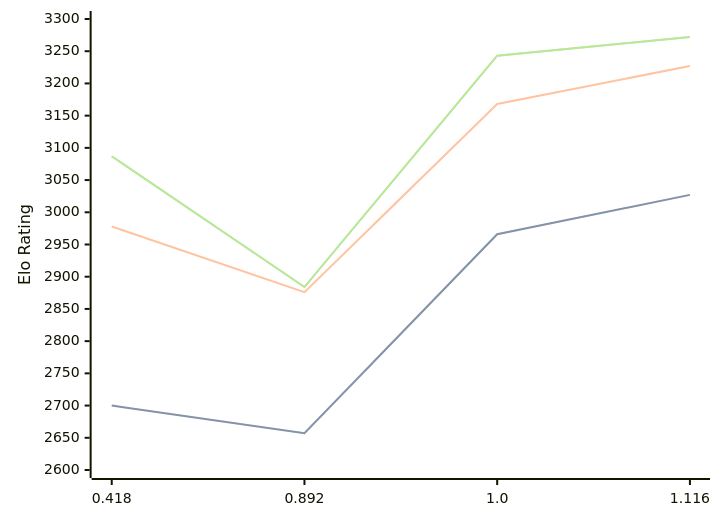
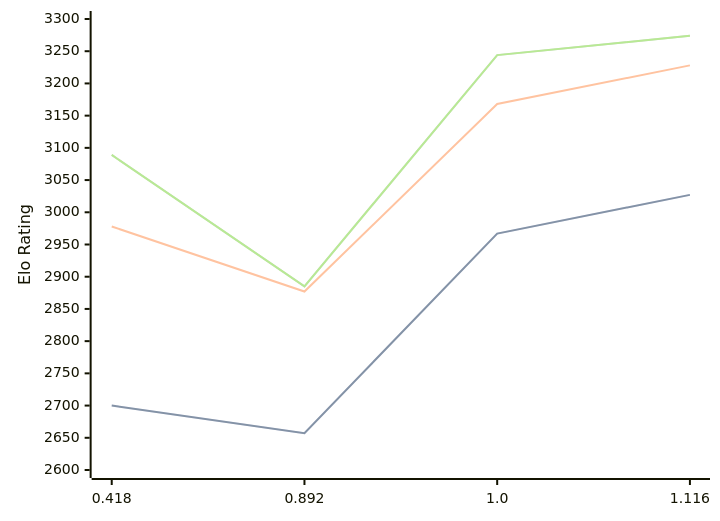
The first of 3 diagrams in engines/Malika.md (computer-chess-index/cci), drawn with Mermaid before and after one commit. The commit also changed other lines of this file, not shown here.

Commit message:
Update CCI Ratings (ELO VLTC) - 2026-06-23

````diff
--- a/engines/Malika.md
+++ b/engines/Malika.md
@@ -34,11 +34,11 @@
 ```mermaid
 %%{init: {"theme":"base","themeVariables":{"seriesColors:['#a3a3a3','#222221','#faa371']}}}%%
 xychart-beta
   x-axis ["0.418", "0.892", "1.0", "1.116"]
   y-axis "Elo Rating" 2600 --> 3300
-  line "STC (8.0+0.08s)" [2700, 2657, 2966, 3027]
-  line "STC (8.0+0.08s)" [2700, 2657, 2966, 3027]
-  line "LTC (60.0+0.60s)" [2978, 2876, 3168, 3227]
-  line "VLTC (2m24s+1.12s)" [3087, 2884, 3243, 3272]
-  line "VLTC (2m24s+1.12s)" [3087, 2884, 3243, 3272]
+  line "STC (8.0+0.08s)" [2700, 2657, 2967, 3027]
+  line "STC (8.0+0.08s)" [2700, 2657, 2967, 3027]
+  line "LTC (60.0+0.60s)" [2978, 2877, 3168, 3228]
+  line "VLTC (2m24s+1.12s)" [3089, 2885, 3244, 3274]
+  line "VLTC (2m24s+1.12s)" [3089, 2885, 3244, 3274]
 ```
````
